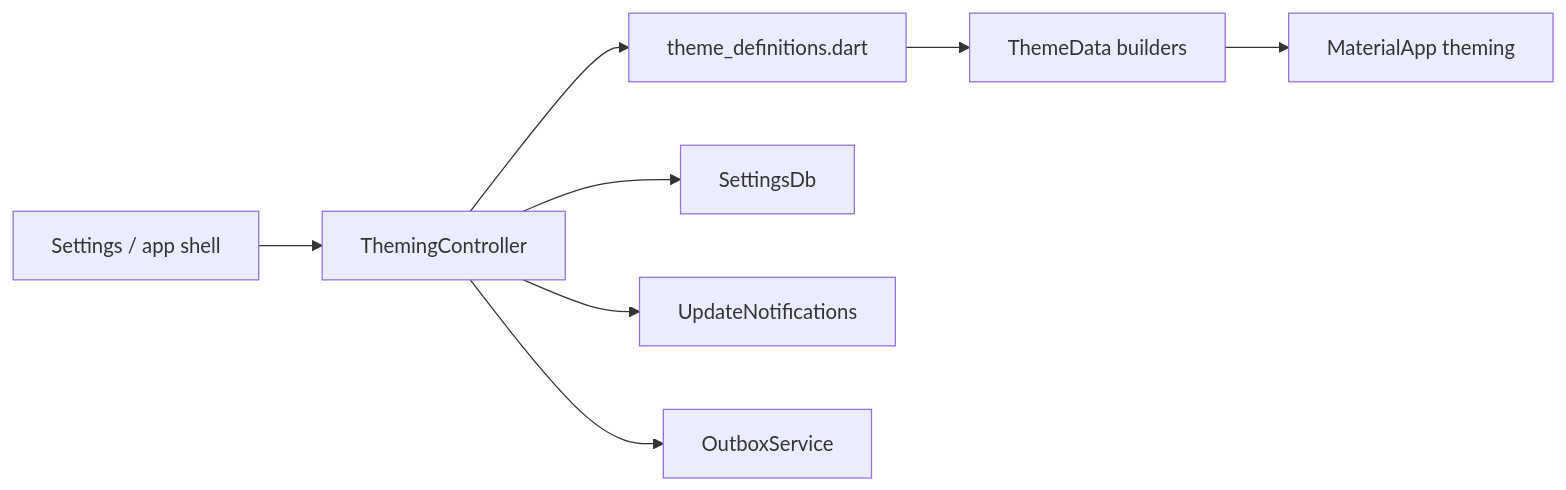
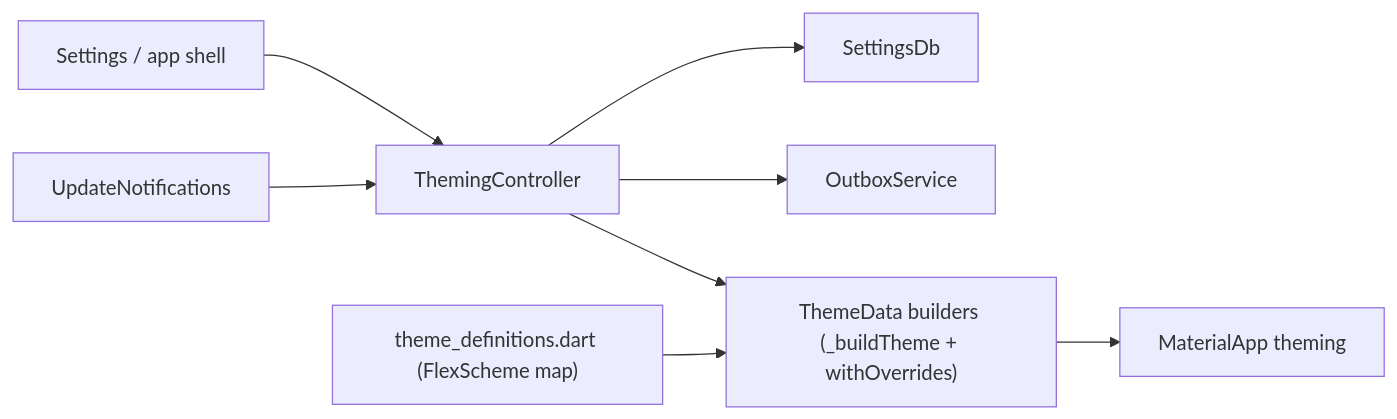
Before and after one commit to matthiasn/lotti: the first of 3 diagrams in lib/features/theming/README.md, drawn with Mermaid. The commit also changed other lines of this file and 43 other files, not shown here.

````diff
--- a/lib/features/theming/README.md
+++ b/lib/features/theming/README.md
@@ -34,10 +34,10 @@
 ```mermaid
 flowchart LR
   UI["Settings / app shell"] --> Ctl["ThemingController"]
-  Ctl --> Themes["theme_definitions.dart"]
+  Notify["UpdateNotifications"] --> Ctl["ThemingController"]
   Ctl --> Settings["SettingsDb"]
-  Ctl --> Notify["UpdateNotifications"]
   Ctl --> Sync["OutboxService"]
-  Themes --> ThemeData["ThemeData builders"]
-  ThemeData --> App["MaterialApp theming"]
+  Themes["theme_definitions.dart (FlexScheme map)"] --> Build["ThemeData builders (_buildTheme + withOverrides)"]
+  Ctl --> Build
+  Build --> App["MaterialApp theming"]
 ```
````
